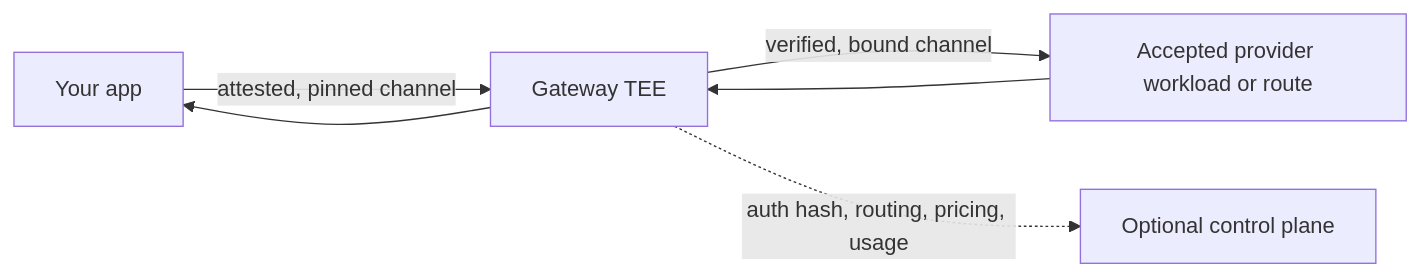
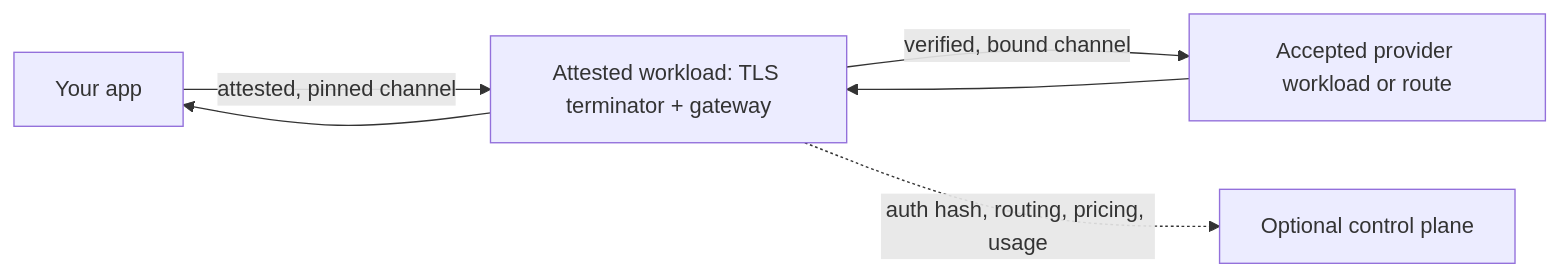
One commit to anthonypelletier/private-ai-gateway changed the diagram in README.md. Above: the diagram before and after it, drawn with Mermaid. The commit also changed other lines of this file and 7 other files, not shown here.

Commit message:
docs: clarify attested TLS boundary and default verification

````diff
--- a/README.md
+++ b/README.md
@@ -104,7 +114,7 @@
 ```mermaid
 flowchart LR
-    client[Your app] -->|attested, pinned channel| gateway[Gateway TEE]
+    client[Your app] -->|attested, pinned channel| gateway[Attested workload: TLS terminator + gateway]
     gateway -->|verified, bound channel| provider[Accepted provider workload or route]
     provider --> gateway --> client
     gateway -.->|auth hash, routing, pricing, usage| control[Optional control plane]
 ```
````
